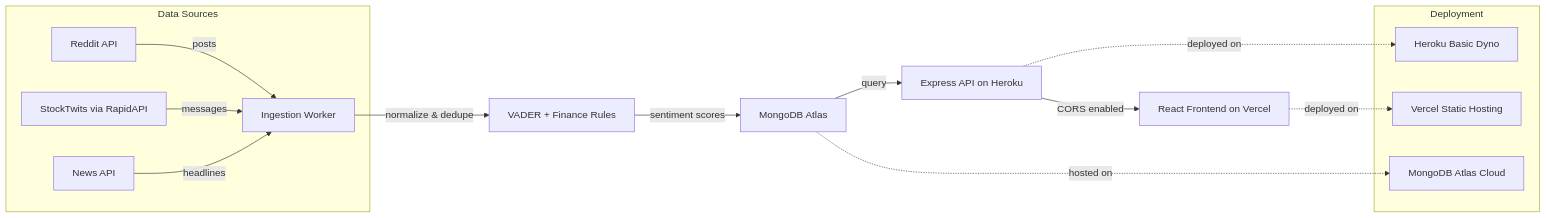
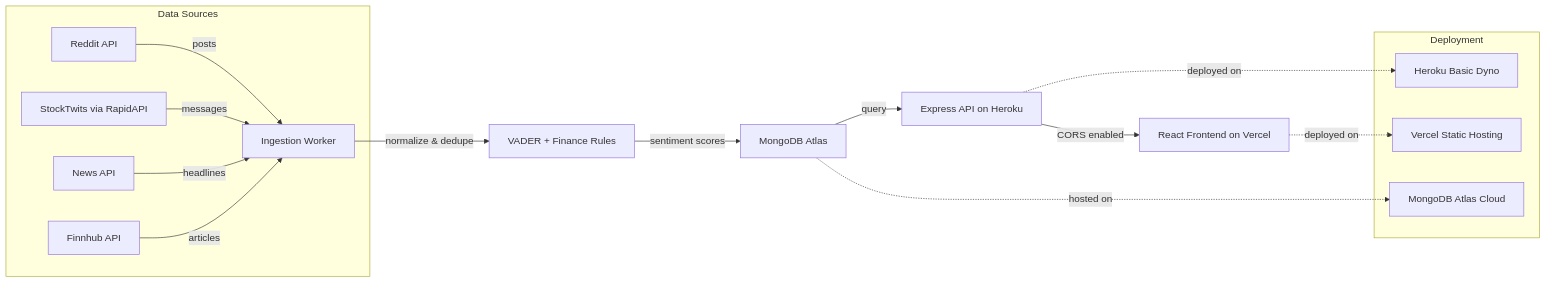
Before and after one commit to insdaguirre/SentimentWatch: the first of 2 diagrams in README.md, drawn with Mermaid. The commit also changed other lines of this file, not shown here.

First line of the commit message:
docs: Update README with Finnhub integration and deduplication system

````diff
--- a/README.md
+++ b/README.md
@@ -23,24 +23,25 @@
 ```mermaid
 flowchart LR
     subgraph "Data Sources"
         A[Reddit API] -->|posts| B[Ingestion Worker]
         C[StockTwits via RapidAPI] -->|messages| B
         D[News API] -->|headlines| B
+        E[Finnhub API] -->|articles| B
     end
 
-    B -->|normalize & dedupe| E[VADER + Finance Rules]
-    E -->|sentiment scores| F[MongoDB Atlas]
+    B -->|normalize & dedupe| F[VADER + Finance Rules]
+    F -->|sentiment scores| G[MongoDB Atlas]
     
-    F -->|query| G[Express API on Heroku]
-    G -->|CORS enabled| H[React Frontend on Vercel]
+    G -->|query| H[Express API on Heroku]
+    H -->|CORS enabled| I[React Frontend on Vercel]
     
     subgraph "Deployment"
-        I[Heroku Basic Dyno]
-        J[Vercel Static Hosting]
-        K[MongoDB Atlas Cloud]
+        J[Heroku Basic Dyno]
+        K[Vercel Static Hosting]
+        L[MongoDB Atlas Cloud]
     end
     
-    G -.->|deployed on| I
     H -.->|deployed on| J
-    F -.->|hosted on| K
+    I -.->|deployed on| K
+    G -.->|hosted on| L
 ```
````
